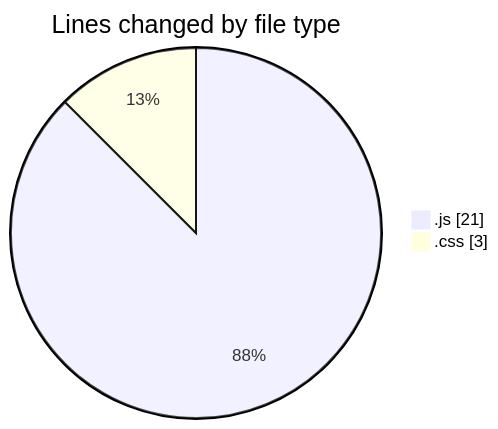
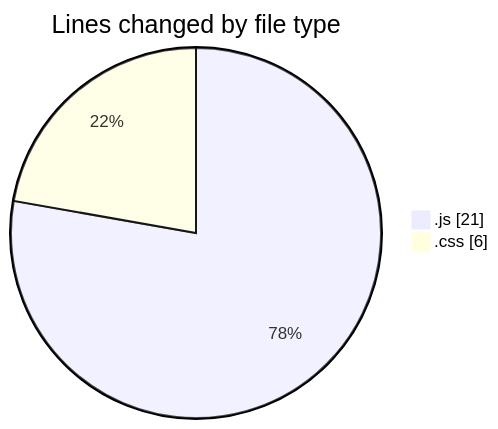
The first of 2 diagrams in 2025-05-04/houserentalservice/README.md (Ritupan-Deka/code-tracking), drawn with Mermaid before and after one commit. The commit also changed other lines of this file and 1 other file, not shown here.

````diff
--- a/2025-05-04/houserentalservice/README.md
+++ b/2025-05-04/houserentalservice/README.md
@@ -22,6 +22,6 @@
 ```mermaid
 pie showData
 title Lines changed by file type
 ".js" : 21
-".css" : 3
+".css" : 6
 ```
````
